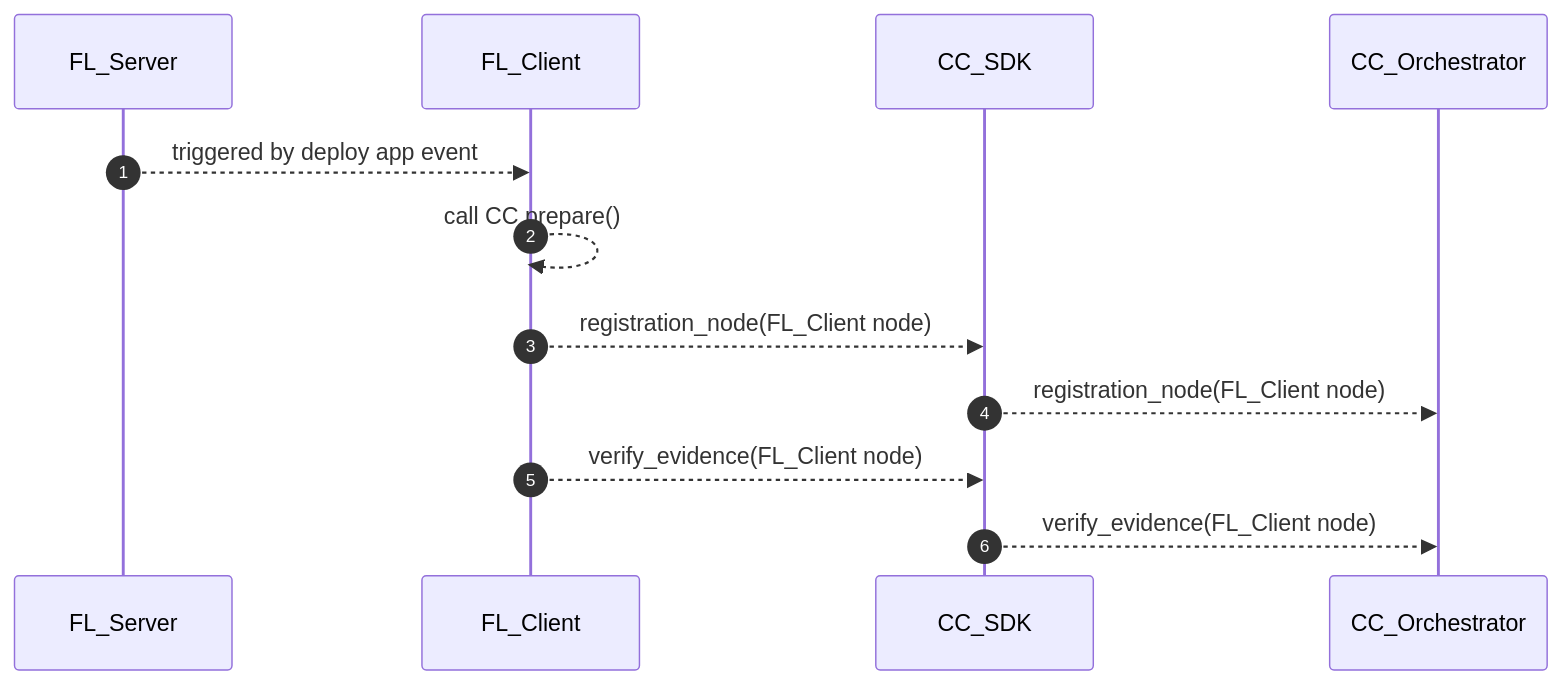
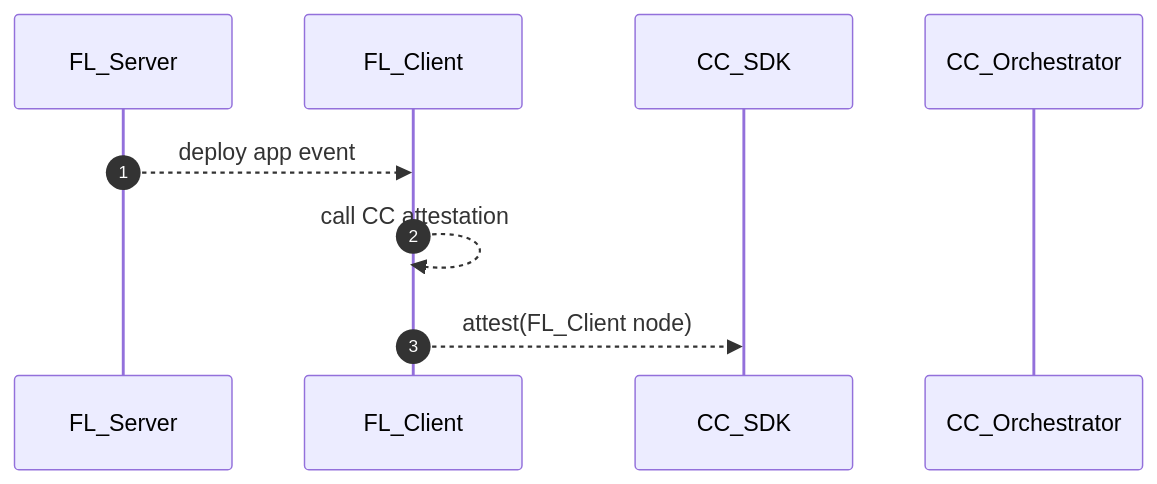
One commit to hitesh-ag1/NVFlare changed the tenth of 13 diagrams in docs/confidential_computing/detailed_cc_sequence_diagram.md. Above: the diagram before and after it, drawn with Mermaid.

Commit message:
Sequence diagram for CC

````diff
--- a/docs/confidential_computing/detailed_cc_sequence_diagram.md
+++ b/docs/confidential_computing/detailed_cc_sequence_diagram.md
@@ -222,16 +222,13 @@
 ```mermaid
 sequenceDiagram
    autonumber
     participant FL_Server
     participant FL_Client
     participant CC_SDK
     participant CC_Orchestrator
     
-    FL_Server -->> FL_Client: triggered by deploy app event
-    FL_Client -->> FL_Client: call CC prepare() 
-    FL_Client -->> CC_SDK: registration_node(FL_Client node)
-    CC_SDK -->> CC_Orchestrator: registration_node(FL_Client node)
-    FL_Client -->> CC_SDK: verify_evidence(FL_Client node)
-    CC_SDK -->> CC_Orchestrator: verify_evidence(FL_Client node)
-    
+    FL_Server -->> FL_Client: deploy app event
+    FL_Client -->> FL_Client: call CC attestation 
+    FL_Client -->> CC_SDK: attest(FL_Client node)
+   
 ```
````
